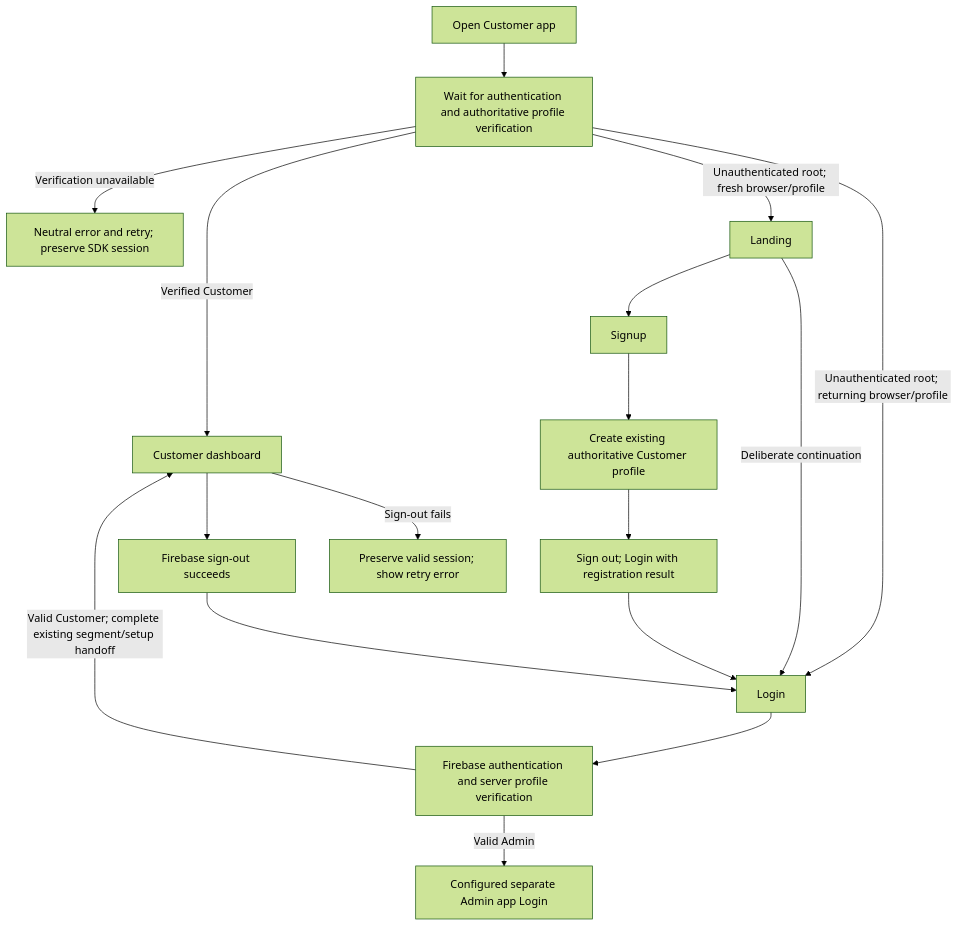
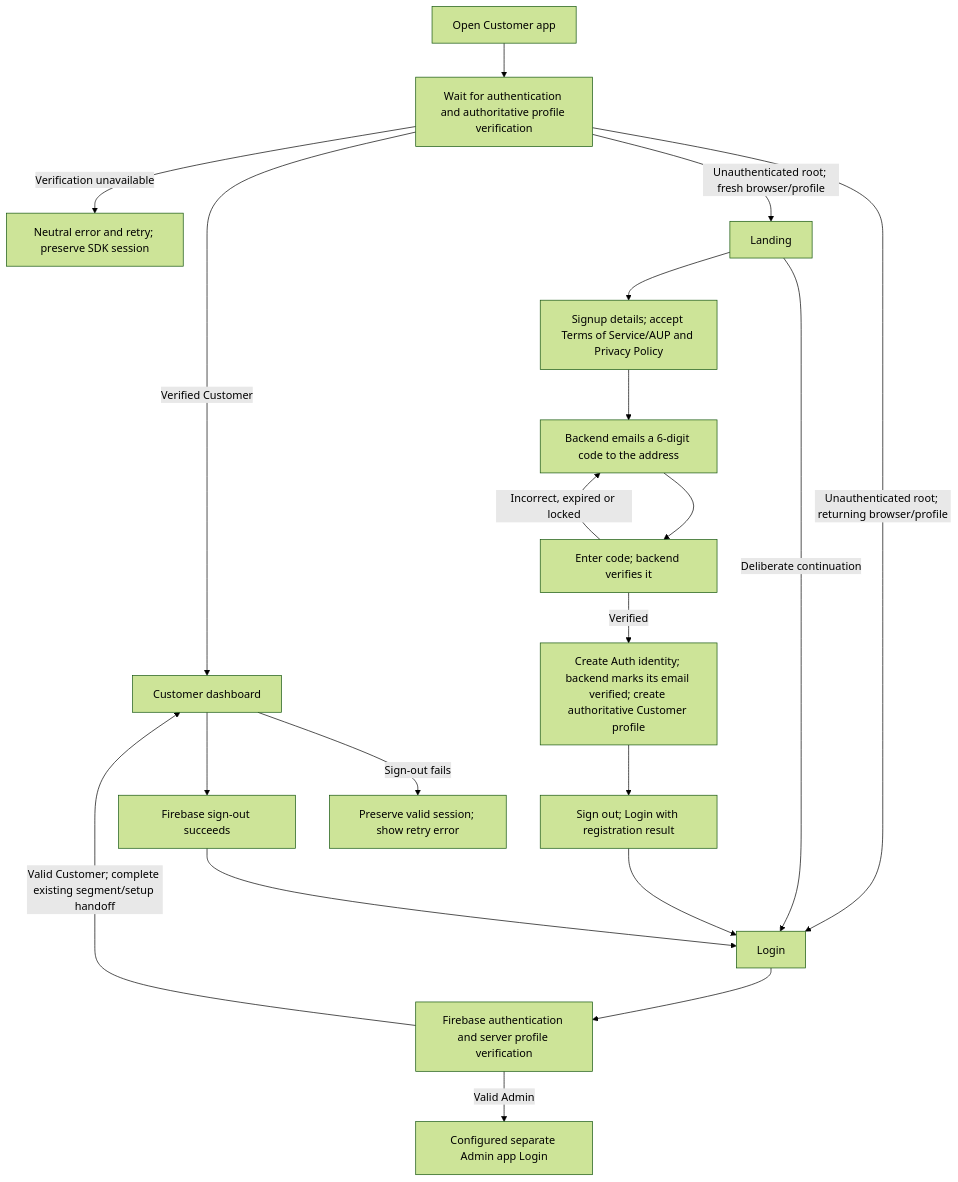
One commit to Leyy12/InventaAPI changed the first of 6 diagrams in docs/system-flow.md. Above: the diagram before and after it, drawn with Mermaid (forest theme). The commit also changed other lines of this file and 35 other files, not shown here.

First line of the commit message:
feat: verify signup email with a code and require Terms acceptance

````diff
--- a/docs/system-flow.md
+++ b/docs/system-flow.md
@@ -10,19 +10,22 @@
 ```mermaid
 flowchart TD
   Entry[Open Customer app] --> Init[Wait for authentication and authoritative profile verification]
   Init -->|Verified Customer| Dashboard[Customer dashboard]
   Init -->|Verification unavailable| Retry[Neutral error and retry; preserve SDK session]
   Init -->|Unauthenticated root; fresh browser/profile| Landing[Landing]
   Init -->|Unauthenticated root; returning browser/profile| Login[Login]
   Landing -->|Deliberate continuation| Login
-  Landing --> Signup[Signup]
-  Signup --> Profile[Create existing authoritative Customer profile]
+  Landing --> Signup[Signup details; accept Terms of Service/AUP and Privacy Policy]
+  Signup --> Code[Backend emails a 6-digit code to the address]
+  Code --> CodeCheck[Enter code; backend verifies it]
+  CodeCheck -->|Incorrect, expired or locked| Code
+  CodeCheck -->|Verified| Profile[Create Auth identity; backend marks its email verified; create authoritative Customer profile]
   Profile --> Registered[Sign out; Login with registration result]
   Registered --> Login
   Login --> Verify[Firebase authentication and server profile verification]
   Verify -->|Valid Customer; complete existing segment/setup handoff| Dashboard
   Verify -->|Valid Admin| AdminLogin[Configured separate Admin app Login]
   Dashboard --> Logout[Firebase sign-out succeeds]
   Logout --> Login
   Dashboard -->|Sign-out fails| Stay[Preserve valid session; show retry error]
 ```
````
